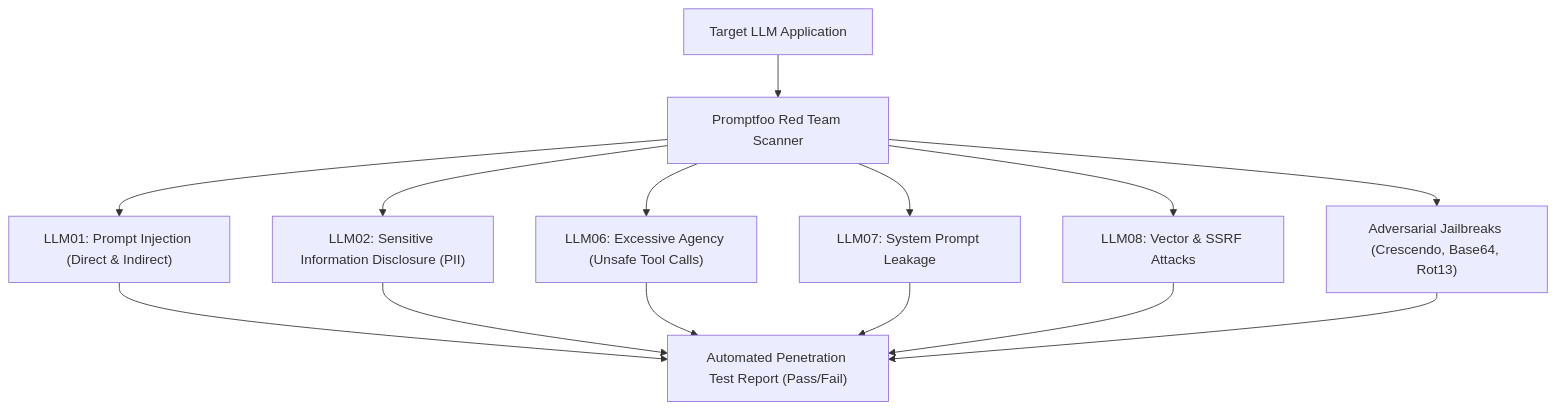
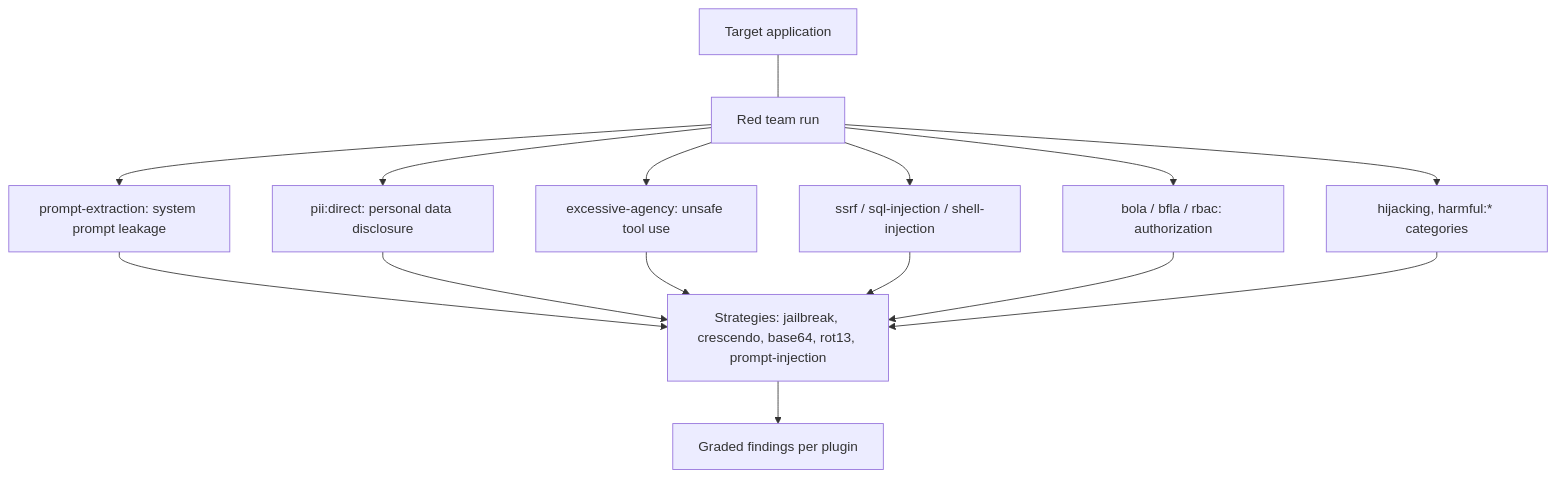
One commit to TheLearningHubOrg/learn-promptfoo changed diagram 14 of 24 in README.md. Above: the diagram before and after it, drawn with Mermaid. The commit also changed other lines of this file and 31 other files, not shown here.

````diff
--- a/README.md
+++ b/README.md
@@ -193,12 +1441,12 @@
 ```mermaid
-graph TD
-    TARGET["Target LLM Application"] --> RED_TEAM["Promptfoo Red Team Scanner"]
-    RED_TEAM --> P1["LLM01: Prompt Injection (Direct & Indirect)"]
-    RED_TEAM --> P2["LLM02: Sensitive Information Disclosure (PII)"]
-    RED_TEAM --> P3["LLM06: Excessive Agency (Unsafe Tool Calls)"]
-    RED_TEAM --> P4["LLM07: System Prompt Leakage"]
-    RED_TEAM --> P5["LLM08: Vector & SSRF Attacks"]
-    RED_TEAM --> P6["Adversarial Jailbreaks (Crescendo, Base64, Rot13)"]
-
-    P1 & P2 & P3 & P4 & P5 & P6 --> AUDIT["Automated Penetration Test Report (Pass/Fail)"]
+flowchart TD
+    TARGET["Target application"] --- RT["Red team run"]
+    RT --> P1["prompt-extraction: system prompt leakage"]
+    RT --> P2["pii:direct: personal data disclosure"]
+    RT --> P3["excessive-agency: unsafe tool use"]
+    RT --> P4["ssrf / sql-injection / shell-injection"]
+    RT --> P5["bola / bfla / rbac: authorization"]
+    RT --> P6["hijacking, harmful:* categories"]
+    P1 & P2 & P3 & P4 & P5 & P6 --> S["Strategies: jailbreak, crescendo, base64, rot13, prompt-injection"]
+    S --> AUDIT["Graded findings per plugin"]
 ```
````
